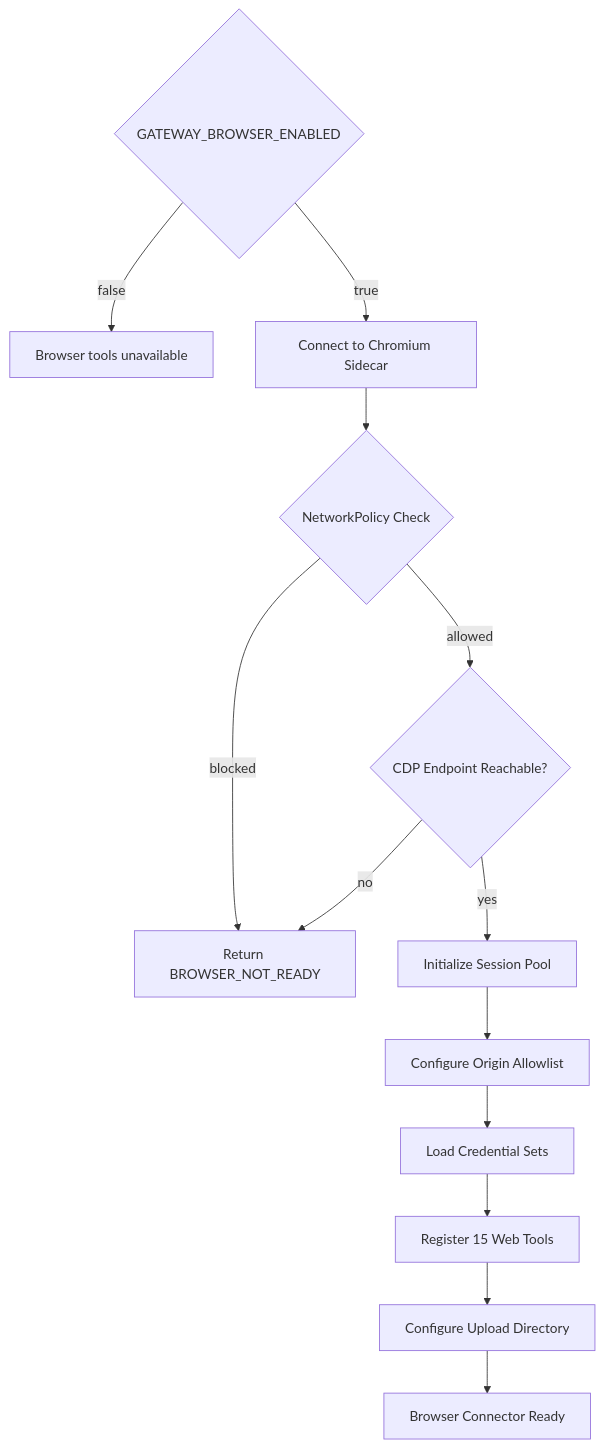
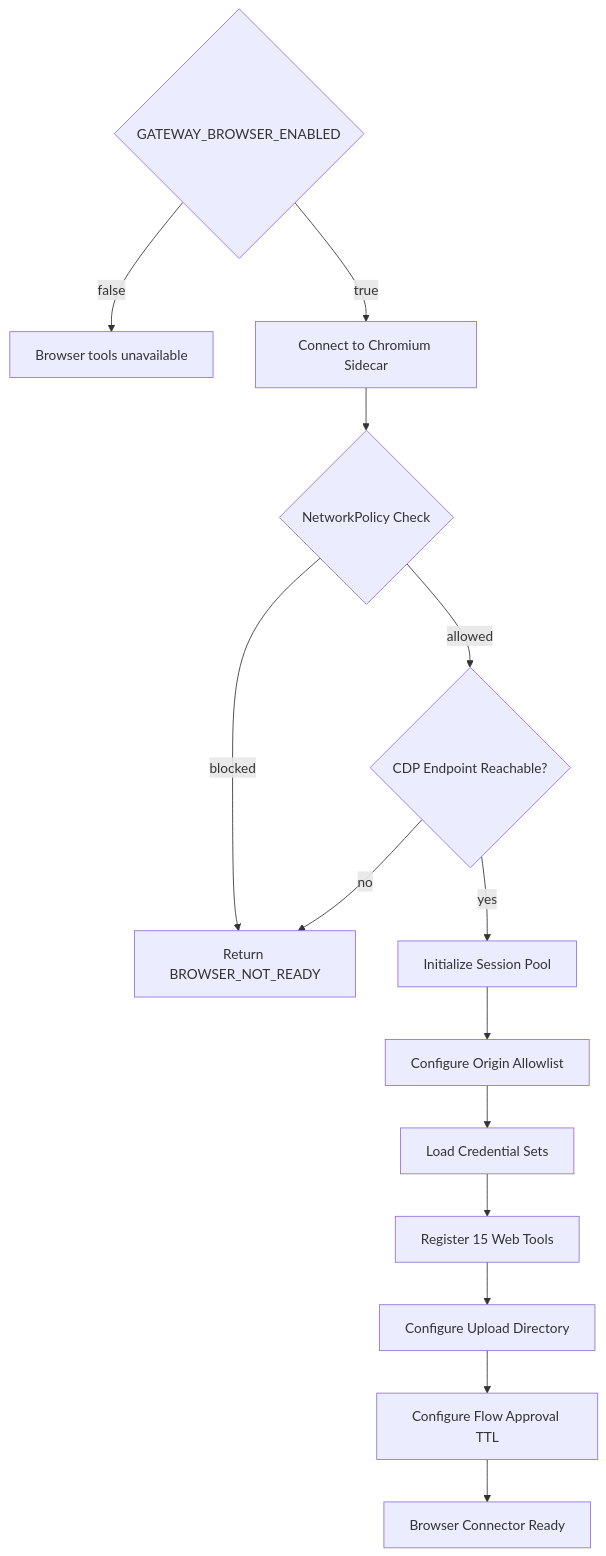
The fourth of 24 diagrams in .qoder/repowiki/en/content/Tool Gateway Service/Configuration and Environment Setup.md (metasync/luban-aiops), drawn with Mermaid before and after one commit. The commit also changed other lines of this file and 121 other files, not shown here.

````diff
--- a/.qoder/repowiki/en/content/Tool Gateway Service/Configuration and Environment Setup.md
+++ b/.qoder/repowiki/en/content/Tool Gateway Service/Configuration and Environment Setup.md
@@ -614,15 +606,16 @@
 ```mermaid
 flowchart TD
 Enabled{"GATEWAY_BROWSER_ENABLED"} --> |false| Disabled["Browser tools unavailable"]
 Enabled --> |true| Connect["Connect to Chromium Sidecar"]
 Connect --> NetPol{"NetworkPolicy Check"}
 NetPol --> |blocked| NotReady["Return BROWSER_NOT_READY"]
 NetPol --> |allowed| CDP{"CDP Endpoint Reachable?"}
 CDP --> |no| NotReady
 CDP --> |yes| Sessions["Initialize Session Pool"]
 Sessions --> AllowOrigins["Configure Origin Allowlist"]
 AllowOrigins --> CredentialSets["Load Credential Sets"]
 CredentialSets --> Tools["Register 15 Web Tools"]
 Tools --> UploadDir["Configure Upload Directory"]
-UploadDir --> Ready["Browser Connector Ready"]
+UploadDir --> FlowApproval["Configure Flow Approval TTL"]
+FlowApproval --> Ready["Browser Connector Ready"]
 ```
````
